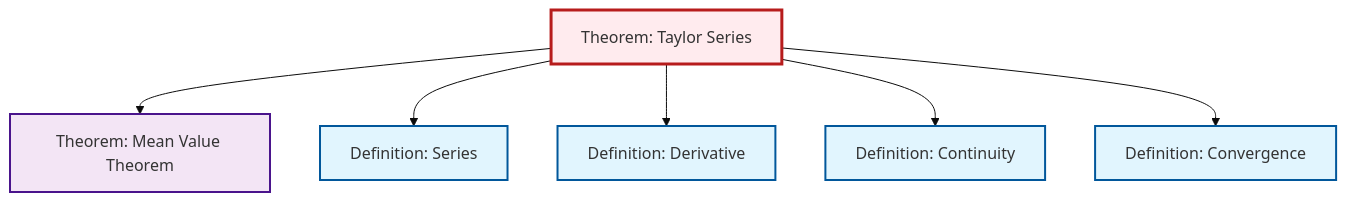
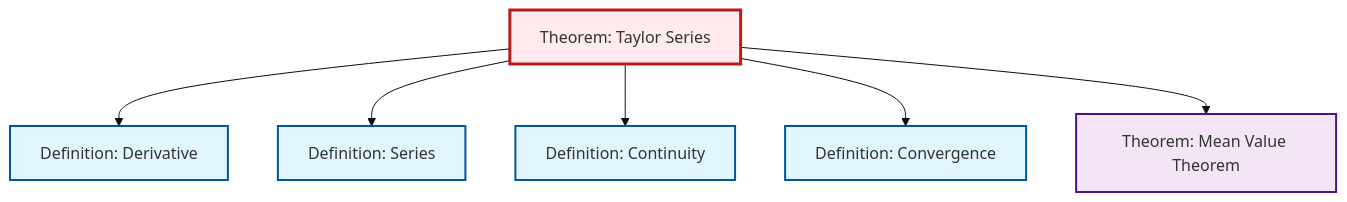
One commit to RK0429/ModernMath changed the diagram in content/en/analysis/thm-taylor-series.qmd. Above: the diagram before and after it, drawn with Mermaid (base theme). The commit also changed other lines of this file and 554 other files, not shown here.

````diff
--- a/content/en/analysis/thm-taylor-series.qmd
+++ b/content/en/analysis/thm-taylor-series.qmd
@@ -107,26 +107,26 @@
 ```{mermaid}
 %%| fig-cap: "Local dependency graph"
 graph TD
     classDef definition fill:#e1f5fe,stroke:#01579b,stroke-width:2px
     classDef theorem fill:#f3e5f5,stroke:#4a148c,stroke-width:2px
     classDef axiom fill:#fff3e0,stroke:#e65100,stroke-width:2px
     classDef example fill:#e8f5e9,stroke:#1b5e20,stroke-width:2px
     classDef current fill:#ffebee,stroke:#b71c1c,stroke-width:3px
-    def-convergence["Definition: Convergence"]:::definition
+    def-continuity["Definition: Continuity"]:::definition
     def-series["Definition: Series"]:::definition
     thm-mean-value["Theorem: Mean Value Theorem"]:::theorem
+    thm-taylor-series["Theorem: Taylor Series"]:::theorem
+    def-convergence["Definition: Convergence"]:::definition
     def-derivative["Definition: Derivative"]:::definition
-    def-continuity["Definition: Continuity"]:::definition
-    thm-taylor-series["Theorem: Taylor Series"]:::theorem
-    thm-taylor-series --> thm-mean-value
+    thm-taylor-series --> def-derivative
     thm-taylor-series --> def-series
-    thm-taylor-series --> def-derivative
     thm-taylor-series --> def-continuity
     thm-taylor-series --> def-convergence
+    thm-taylor-series --> thm-mean-value
     class thm-taylor-series current
-    click def-convergence "def-convergence.html" "Go to Convergence definition"
+    click def-continuity "def-continuity.html" "Go to Continuity definition"
     click def-series "def-series.html" "Go to Series definition"
     click thm-mean-value "thm-mean-value.html" "Go to Mean Value Theorem theorem"
+    click def-convergence "def-convergence.html" "Go to Convergence definition"
     click def-derivative "def-derivative.html" "Go to Derivative definition"
-    click def-continuity "def-continuity.html" "Go to Continuity definition"
 ```
````
